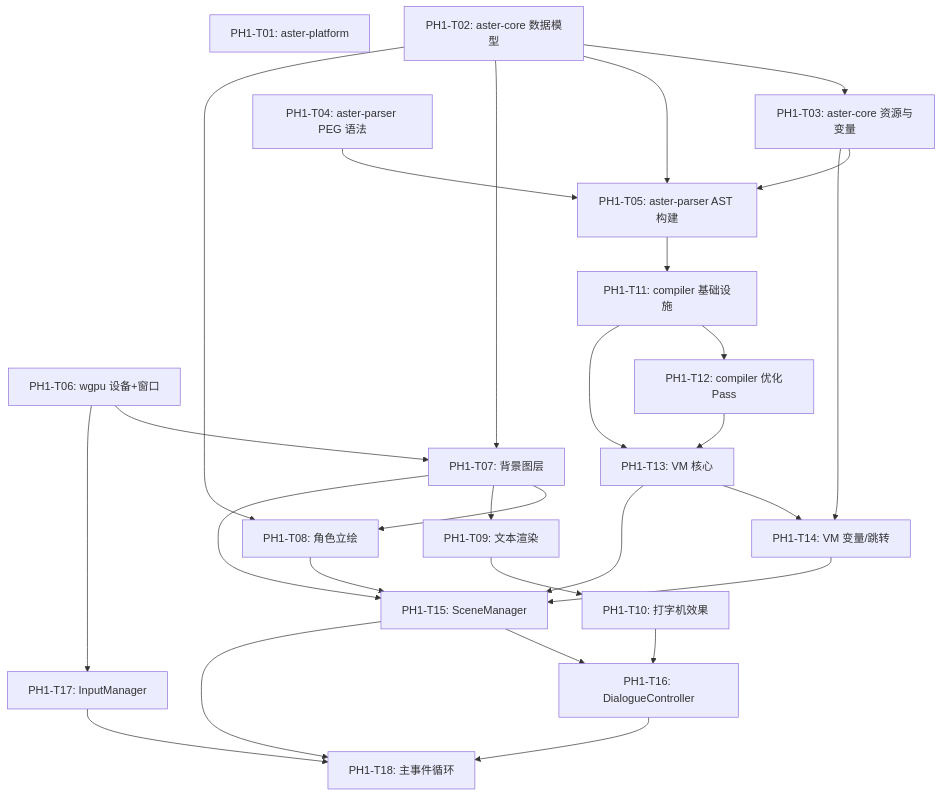
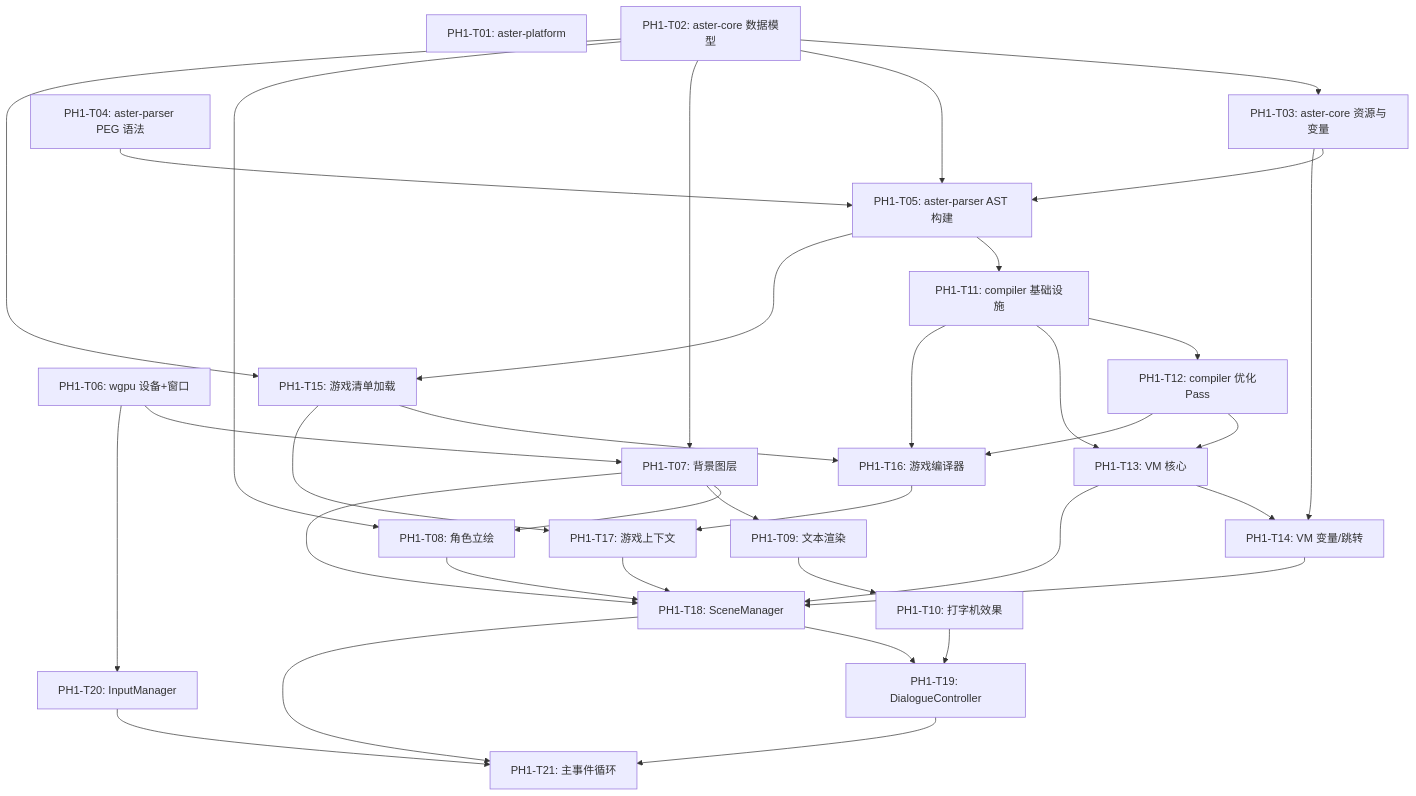
One commit to oxroot-crypto/asterism changed the diagram in docs/Phase-1-Tasks.md. Above: the diagram before and after it, drawn with Mermaid. The commit also changed other lines of this file and 15 other files, not shown here.

````diff
--- a/docs/Phase-1-Tasks.md
+++ b/docs/Phase-1-Tasks.md
@@ -41,48 +44,59 @@
 ```mermaid
 graph TD
     PH1-T01[PH1-T01: aster-platform]
     PH1-T02[PH1-T02: aster-core 数据模型]
     PH1-T03[PH1-T03: aster-core 资源与变量]
     PH1-T04[PH1-T04: aster-parser PEG 语法]
     PH1-T05[PH1-T05: aster-parser AST 构建]
     PH1-T06[PH1-T06: wgpu 设备+窗口]
     PH1-T07[PH1-T07: 背景图层]
     PH1-T08[PH1-T08: 角色立绘]
     PH1-T09[PH1-T09: 文本渲染]
     PH1-T10[PH1-T10: 打字机效果]
     PH1-T11[PH1-T11: compiler 基础设施]
     PH1-T12[PH1-T12: compiler 优化Pass]
     PH1-T13[PH1-T13: VM 核心]
     PH1-T14[PH1-T14: VM 变量/跳转]
-    PH1-T15[PH1-T15: SceneManager]
-    PH1-T16[PH1-T16: DialogueController]
-    PH1-T17[PH1-T17: InputManager]
-    PH1-T18[PH1-T18: 主事件循环]
+    PH1-T15[PH1-T15: 游戏清单加载]
+    PH1-T16[PH1-T16: 游戏编译器]
+    PH1-T17[PH1-T17: 游戏上下文]
+    PH1-T18[PH1-T18: SceneManager]
+    PH1-T19[PH1-T19: DialogueController]
+    PH1-T20[PH1-T20: InputManager]
+    PH1-T21[PH1-T21: 主事件循环]
 
     PH1-T02 --> PH1-T03
     PH1-T02 --> PH1-T05
     PH1-T02 --> PH1-T07
     PH1-T02 --> PH1-T08
+    PH1-T02 --> PH1-T15
     PH1-T03 --> PH1-T05
     PH1-T03 --> PH1-T14
     PH1-T04 --> PH1-T05
     PH1-T05 --> PH1-T11
+    PH1-T05 --> PH1-T15
     PH1-T06 --> PH1-T07
     PH1-T07 --> PH1-T08
     PH1-T07 --> PH1-T09
     PH1-T09 --> PH1-T10
     PH1-T11 --> PH1-T12
     PH1-T11 --> PH1-T13
+    PH1-T11 --> PH1-T16
     PH1-T12 --> PH1-T13
+    PH1-T12 --> PH1-T16
     PH1-T13 --> PH1-T14
-    PH1-T07 --> PH1-T15
-    PH1-T08 --> PH1-T15
-    PH1-T10 --> PH1-T16
-    PH1-T13 --> PH1-T15
-    PH1-T14 --> PH1-T15
     PH1-T15 --> PH1-T16
-    PH1-T15 --> PH1-T18
-    PH1-T16 --> PH1-T18
-    PH1-T06 --> PH1-T17
+    PH1-T15 --> PH1-T17
+    PH1-T16 --> PH1-T17
+    PH1-T07 --> PH1-T18
+    PH1-T08 --> PH1-T18
+    PH1-T10 --> PH1-T19
+    PH1-T13 --> PH1-T18
+    PH1-T14 --> PH1-T18
     PH1-T17 --> PH1-T18
+    PH1-T18 --> PH1-T19
+    PH1-T18 --> PH1-T21
+    PH1-T19 --> PH1-T21
+    PH1-T06 --> PH1-T20
+    PH1-T20 --> PH1-T21
 ```
````
